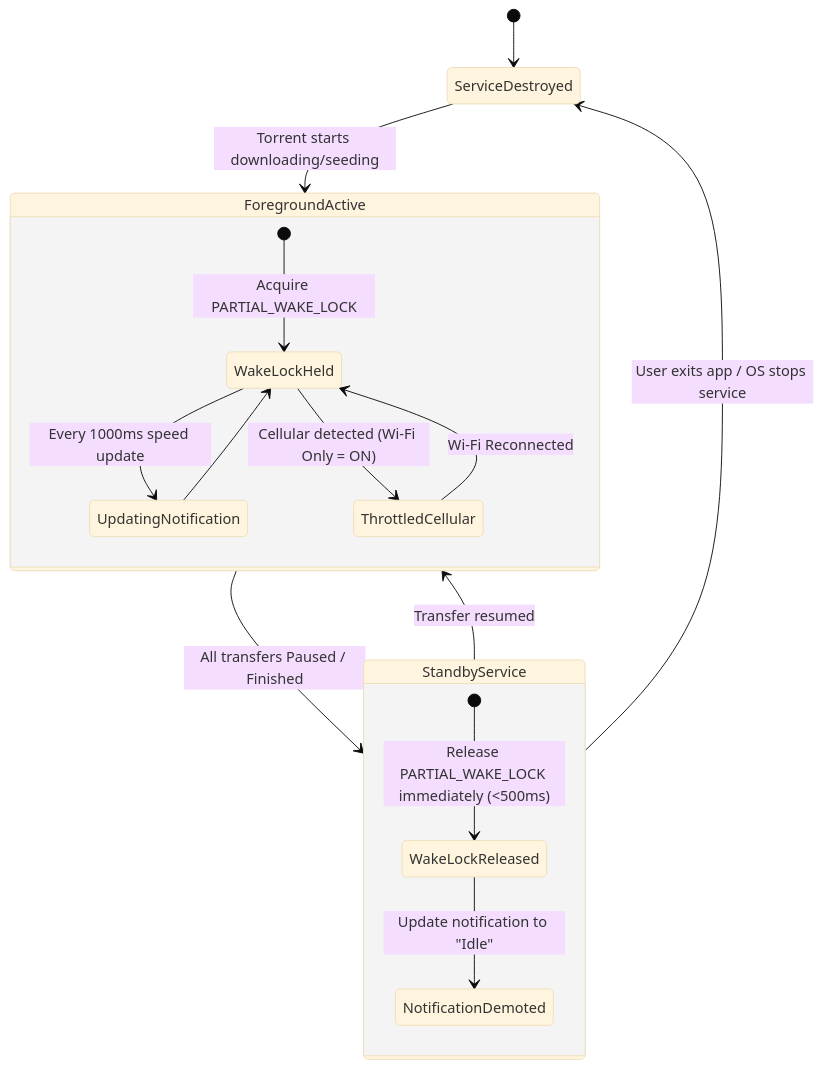
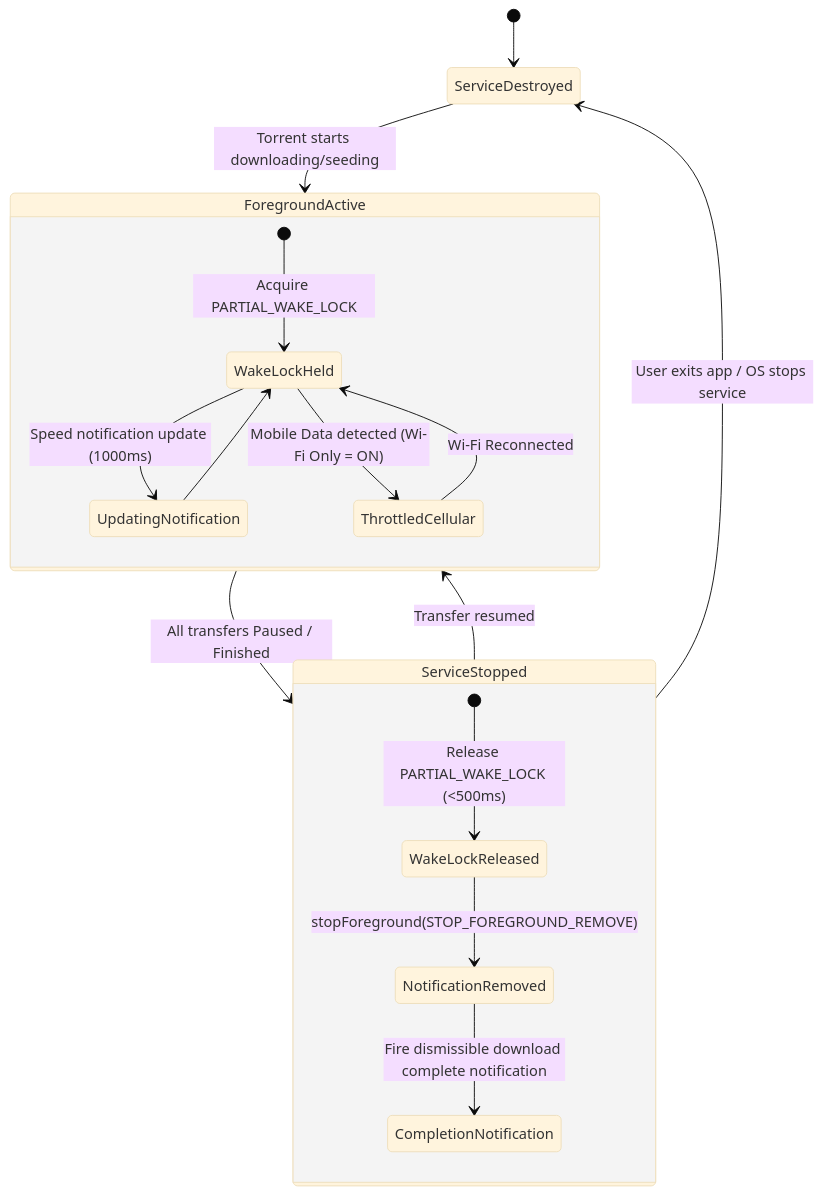
Before and after one commit to Kaos599/Maglev: the second of 2 diagrams in docs/STATE_MACHINES_AND_SCREENS.md, drawn with Mermaid (base theme). The commit also changed other lines of this file and 5 other files, not shown here.

Commit message:
fix(architecture): remediate all P0 and P1 audit findings across contracts and specs

````diff
--- a/docs/STATE_MACHINES_AND_SCREENS.md
+++ b/docs/STATE_MACHINES_AND_SCREENS.md
@@ -65,25 +69,26 @@
 ```mermaid
 stateDiagram-v2
     [*] --> ServiceDestroyed
     
     ServiceDestroyed --> ForegroundActive: Torrent starts downloading/seeding
     
     state ForegroundActive {
         [*] --> WakeLockHeld: Acquire PARTIAL_WAKE_LOCK
-        WakeLockHeld --> UpdatingNotification: Every 1000ms speed update
+        WakeLockHeld --> UpdatingNotification: Speed notification update (1000ms)
         UpdatingNotification --> WakeLockHeld
         
-        WakeLockHeld --> ThrottledCellular: Cellular detected (Wi-Fi Only = ON)
+        WakeLockHeld --> ThrottledCellular: Mobile Data detected (Wi-Fi Only = ON)
         ThrottledCellular --> WakeLockHeld: Wi-Fi Reconnected
     }
     
-    ForegroundActive --> StandbyService: All transfers Paused / Finished
+    ForegroundActive --> ServiceStopped: All transfers Paused / Finished
     
-    state StandbyService {
-        [*] --> WakeLockReleased: Release PARTIAL_WAKE_LOCK immediately (<500ms)
-        WakeLockReleased --> NotificationDemoted: Update notification to "Idle"
+    state ServiceStopped {
+        [*] --> WakeLockReleased: Release PARTIAL_WAKE_LOCK (<500ms)
+        WakeLockReleased --> NotificationRemoved: stopForeground(STOP_FOREGROUND_REMOVE)
+        NotificationRemoved --> CompletionNotification: Fire dismissible download complete notification
     }
     
-    StandbyService --> ForegroundActive: Transfer resumed
-    StandbyService --> ServiceDestroyed: User exits app / OS stops service
+    ServiceStopped --> ForegroundActive: Transfer resumed
+    ServiceStopped --> ServiceDestroyed: User exits app / OS stops service
 ```
````
